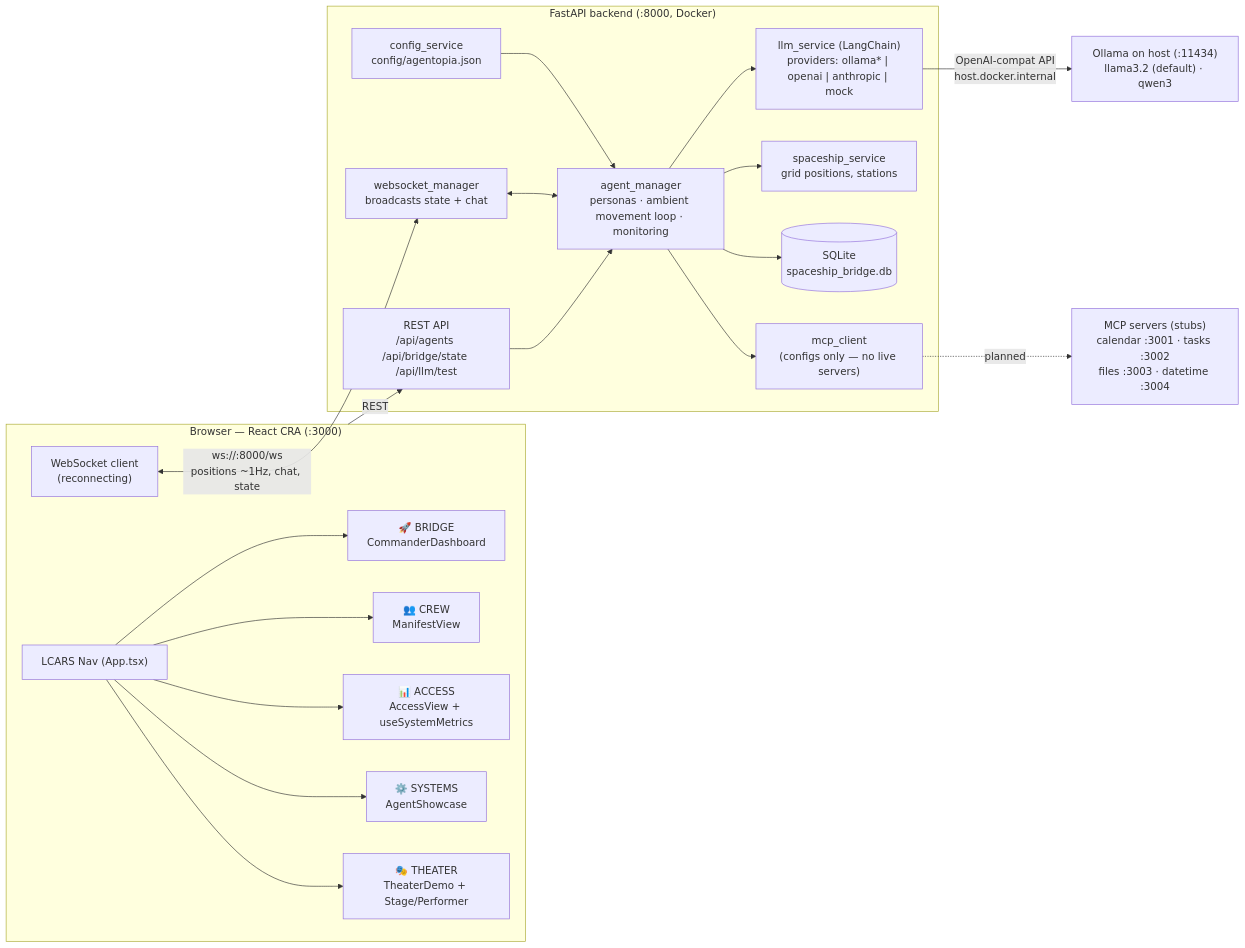
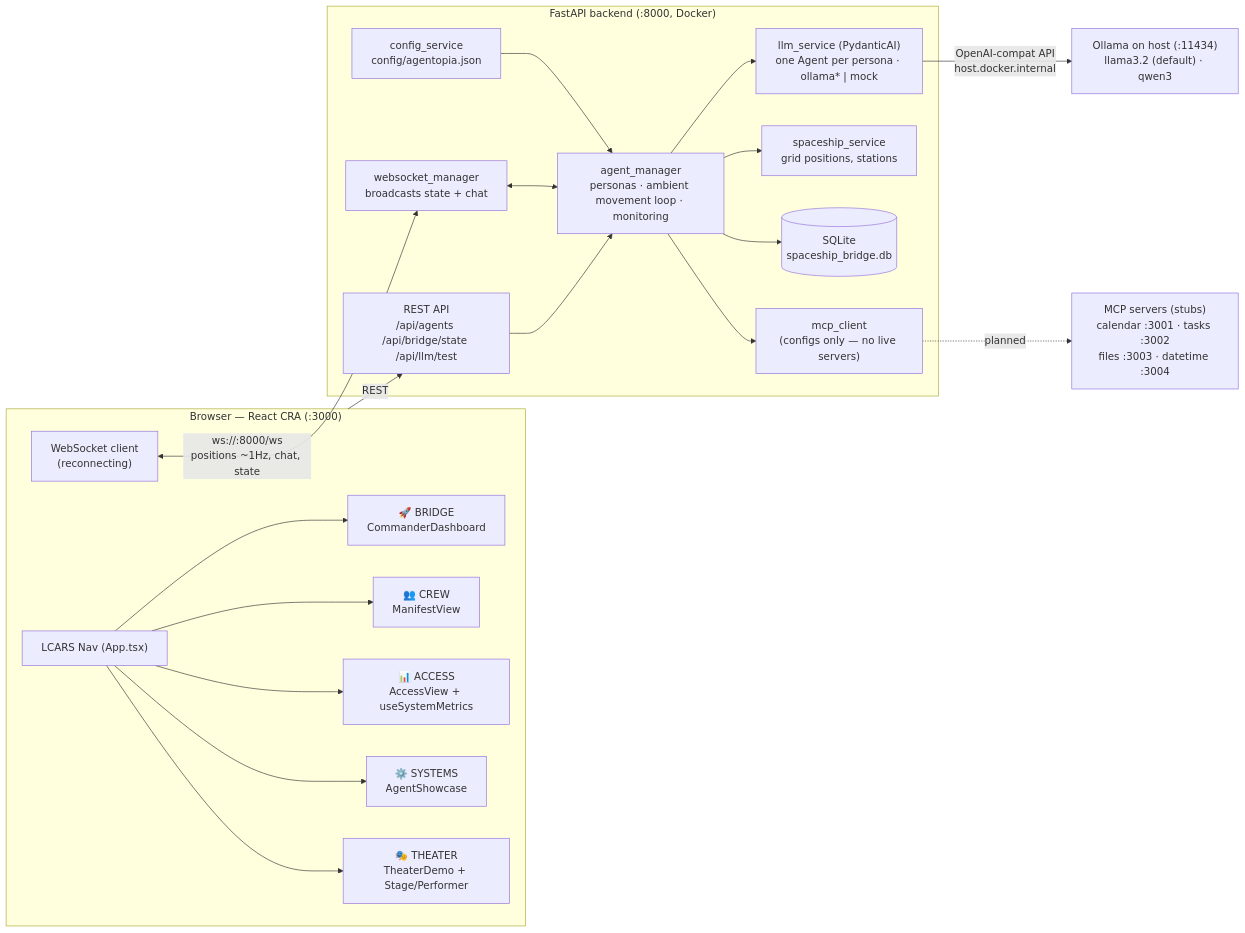
Before and after one commit to drews/agentopia: the first of 2 diagrams in docs/architecture/SYSTEM_DIAGRAM.md, drawn with Mermaid. The commit also changed 3 other files, not shown here.

First line of the commit message:
feat: cut llm_service over to PydanticAI, drop LangChain

````diff
--- a/docs/architecture/SYSTEM_DIAGRAM.md
+++ b/docs/architecture/SYSTEM_DIAGRAM.md
@@ -8,37 +8,37 @@
 ```mermaid
 flowchart LR
     subgraph Browser["Browser — React CRA (:3000)"]
         NAV["LCARS Nav (App.tsx)"]
         BRIDGE["🚀 BRIDGE<br/>CommanderDashboard"]
         CREW["👥 CREW<br/>ManifestView"]
         ACCESS["📊 ACCESS<br/>AccessView + useSystemMetrics"]
         SYSTEMS["⚙️ SYSTEMS<br/>AgentShowcase"]
         THEATER["🎭 THEATER<br/>TheaterDemo + Stage/Performer"]
         NAV --> BRIDGE & CREW & ACCESS & SYSTEMS & THEATER
         WSC["WebSocket client<br/>(reconnecting)"]
     end
 
     subgraph Backend["FastAPI backend (:8000, Docker)"]
         API["REST API<br/>/api/agents /api/bridge/state /api/llm/test"]
         WSM["websocket_manager<br/>broadcasts state + chat"]
         AM["agent_manager<br/>personas · ambient movement loop · monitoring"]
-        LLM["llm_service (LangChain)<br/>providers: ollama* | openai | anthropic | mock"]
+        LLM["llm_service (PydanticAI)<br/>one Agent per persona · ollama* | mock"]
         SS["spaceship_service<br/>grid positions, stations"]
         CFG["config_service<br/>config/agentopia.json"]
         DB[("SQLite<br/>spaceship_bridge.db")]
         MCPC["mcp_client<br/>(configs only — no live servers)"]
         API --> AM
         WSM <--> AM
         AM --> LLM & SS & MCPC
         AM --> DB
         CFG --> AM
     end
 
     OLLAMA["Ollama on host (:11434)<br/>llama3.2 (default) · qwen3"]
     MCPS["MCP servers (stubs)<br/>calendar :3001 · tasks :3002<br/>files :3003 · datetime :3004"]
 
     WSC <-->|"ws://:8000/ws<br/>positions ~1Hz, chat, state"| WSM
     Browser -->|REST| API
     LLM -->|"OpenAI-compat API<br/>host.docker.internal"| OLLAMA
     MCPC -.->|planned| MCPS
 ```
````
